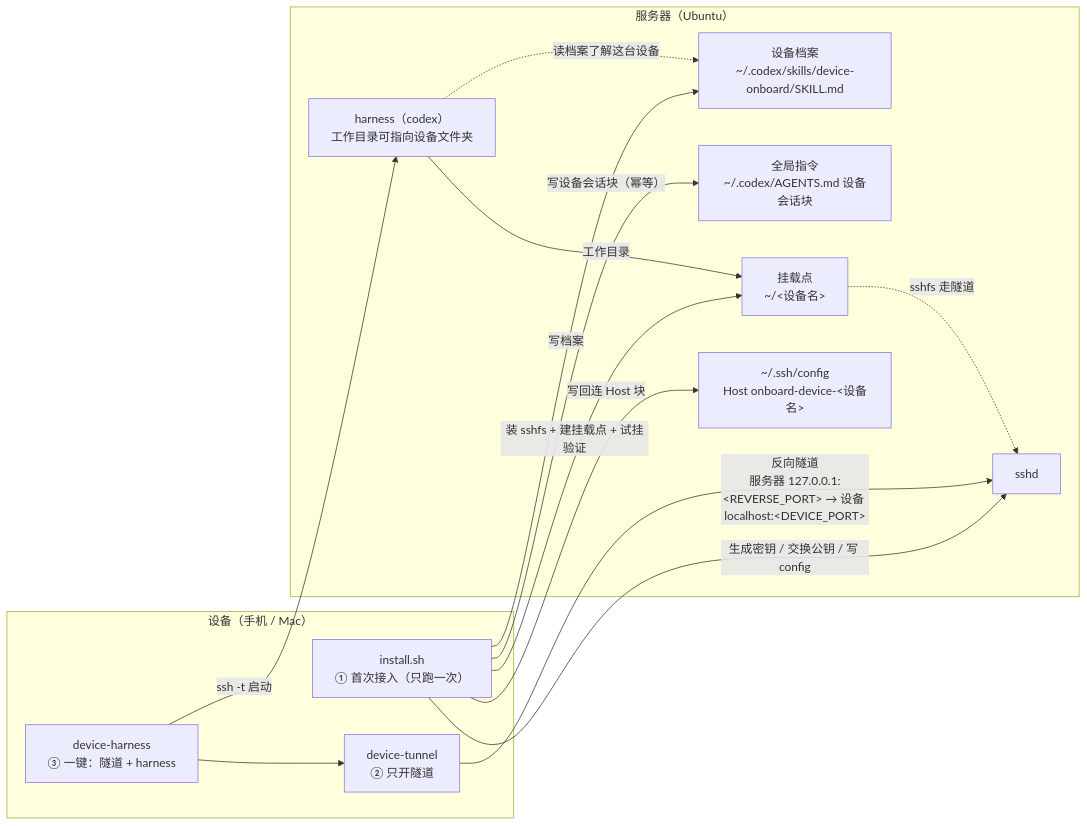
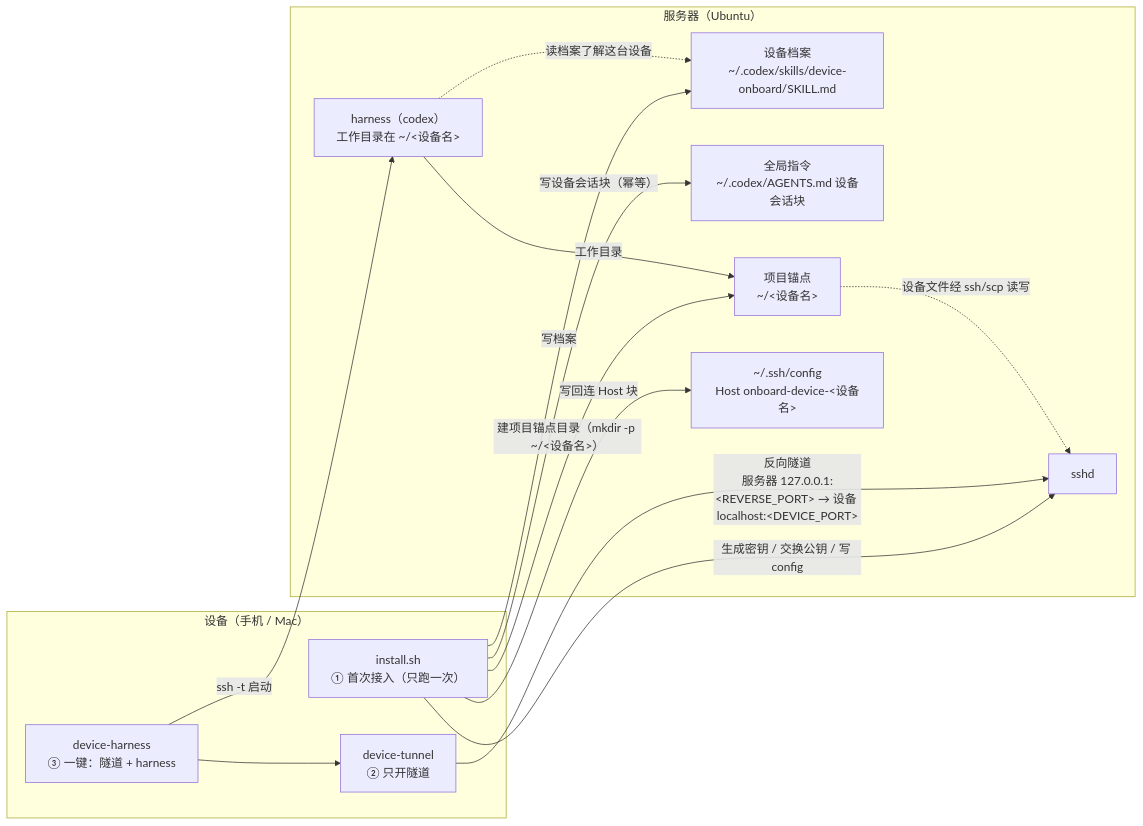
One commit to MuRain37/device-onboard changed the first of 5 diagrams in docs/flow.md. Above: the diagram before and after it, drawn with Mermaid. The commit also changed other lines of this file and 3 other files, not shown here.

First line of the commit message:
移除 sshfs：以 ~/<设备名> 作项目锚点，设备文件改走 ssh/scp

````diff
--- a/docs/flow.md
+++ b/docs/flow.md
@@ -27,30 +27,30 @@
 ```mermaid
 flowchart LR
     subgraph DEV["设备（手机 / Mac）"]
         I["install.sh<br/>① 首次接入（只跑一次）"]
         T["device-tunnel<br/>② 只开隧道"]
         H["device-harness<br/>③ 一键：隧道 + harness"]
     end
 
     subgraph SRV["服务器（Ubuntu）"]
         SSH["sshd"]
         ARCH["设备档案<br/>~/.codex/skills/device-onboard/SKILL.md"]
         AGENTS["全局指令<br/>~/.codex/AGENTS.md 设备会话块"]
-        MP["挂载点<br/>~/&lt;设备名&gt;"]
-        RUN["harness（codex）<br/>工作目录可指向设备文件夹"]
+        ANCHOR["项目锚点<br/>~/&lt;设备名&gt;"]
+        RUN["harness（codex）<br/>工作目录在 ~/&lt;设备名&gt;"]
         REPO["~/.ssh/config<br/>Host onboard-device-&lt;设备名&gt;"]
     end
 
     I -->|"生成密钥 / 交换公钥 / 写 config"| SSH
     I -->|"写档案"| ARCH
     I -->|"写设备会话块（幂等）"| AGENTS
-    I -->|"装 sshfs + 建挂载点 + 试挂验证"| MP
+    I -->|"建项目锚点目录（mkdir -p ~/&lt;设备名&gt;）"| ANCHOR
     I -->|"写回连 Host 块"| REPO
 
     T -->|"反向隧道<br/>服务器 127.0.0.1:&lt;REVERSE_PORT&gt; → 设备 localhost:&lt;DEVICE_PORT&gt;"| SSH
     H --> T
     H -->|"ssh -t 启动"| RUN
     RUN -.->|"读档案了解这台设备"| ARCH
-    RUN -->|"工作目录"| MP
-    MP -.->|"sshfs 走隧道"| SSH
+    RUN -->|"工作目录"| ANCHOR
+    ANCHOR -.->|"设备文件经 ssh/scp 读写"| SSH
 ```
````
